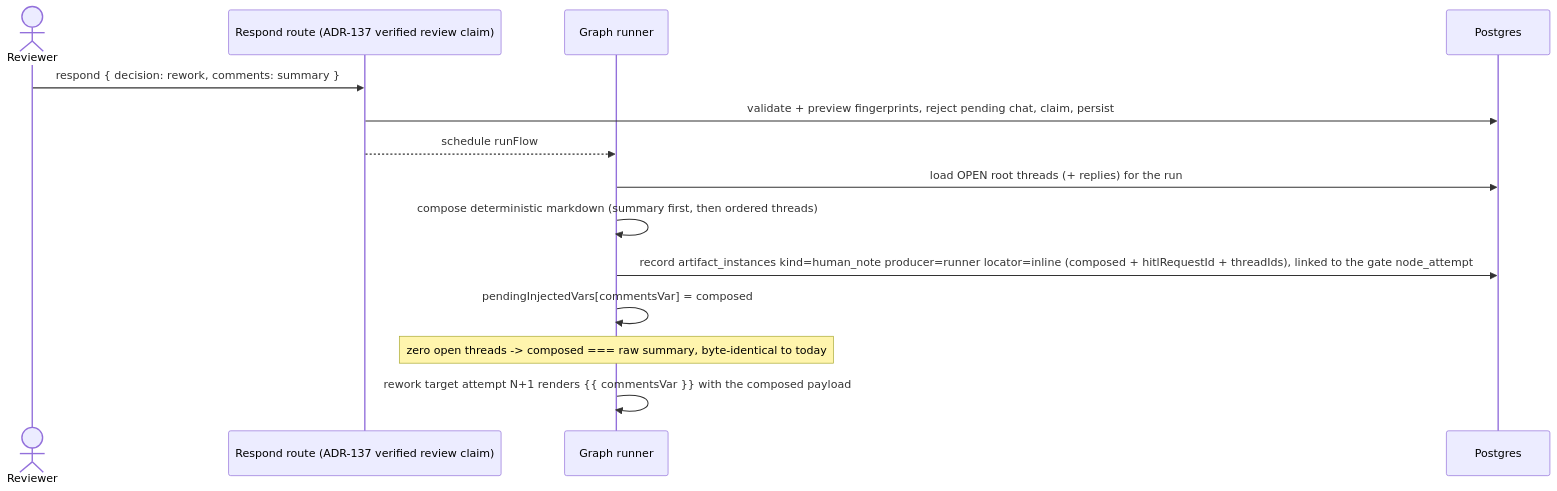
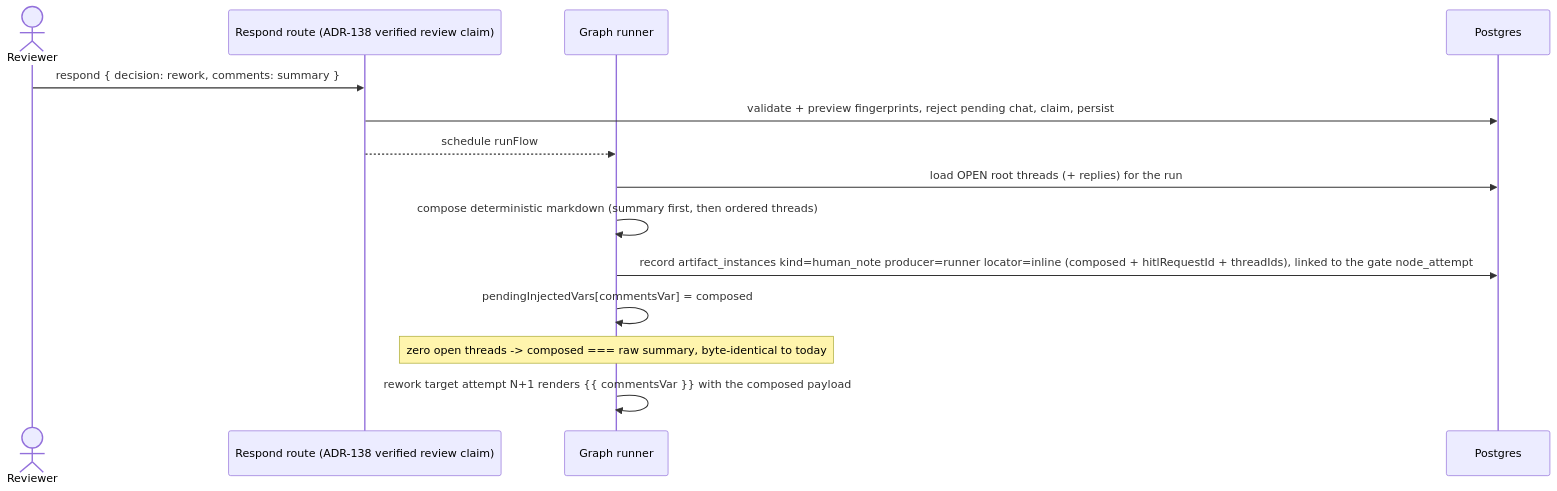
Before and after one commit to maister-dev/maister: the third of 6 diagrams in docs/system-analytics/review-comments.md, drawn with Mermaid. The commit also changed other lines of this file and 45 other files, not shown here.

First line of the commit message:
fix(review): harden flow review workspace recovery

````diff
--- a/docs/system-analytics/review-comments.md
+++ b/docs/system-analytics/review-comments.md
@@ -136,17 +136,17 @@
 ```mermaid
 sequenceDiagram
     actor U as Reviewer
-    participant W as Respond route (ADR-137 verified review claim)
+    participant W as Respond route (ADR-138 verified review claim)
     participant R as Graph runner
     participant DB as Postgres
 
     U->>W: respond { decision: rework, comments: summary }
     W->>DB: validate + preview fingerprints, reject pending chat, claim, persist
     W-->>R: schedule runFlow
     R->>DB: load OPEN root threads (+ replies) for the run
     R->>R: compose deterministic markdown (summary first, then ordered threads)
     R->>DB: record artifact_instances kind=human_note producer=runner locator=inline (composed + hitlRequestId + threadIds), linked to the gate node_attempt
     R->>R: pendingInjectedVars[commentsVar] = composed
     Note over R: zero open threads -> composed === raw summary, byte-identical to today
     R->>R: rework target attempt N+1 renders {{ commentsVar }} with the composed payload
 ```
````
